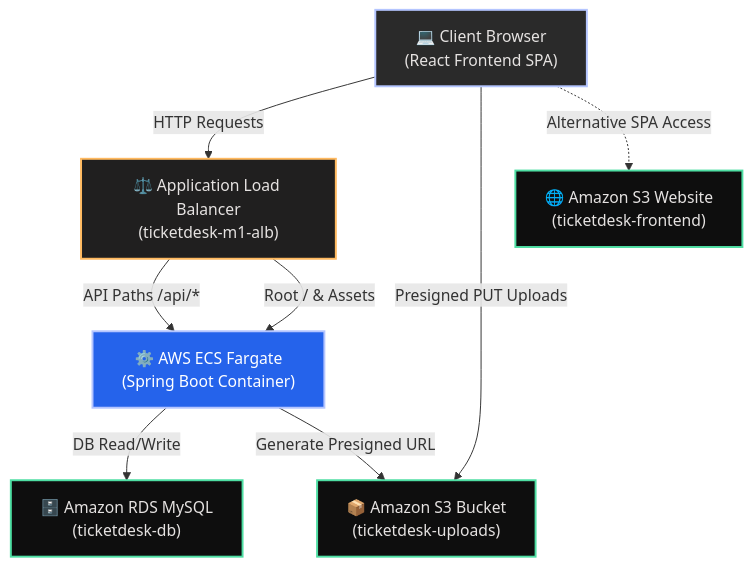
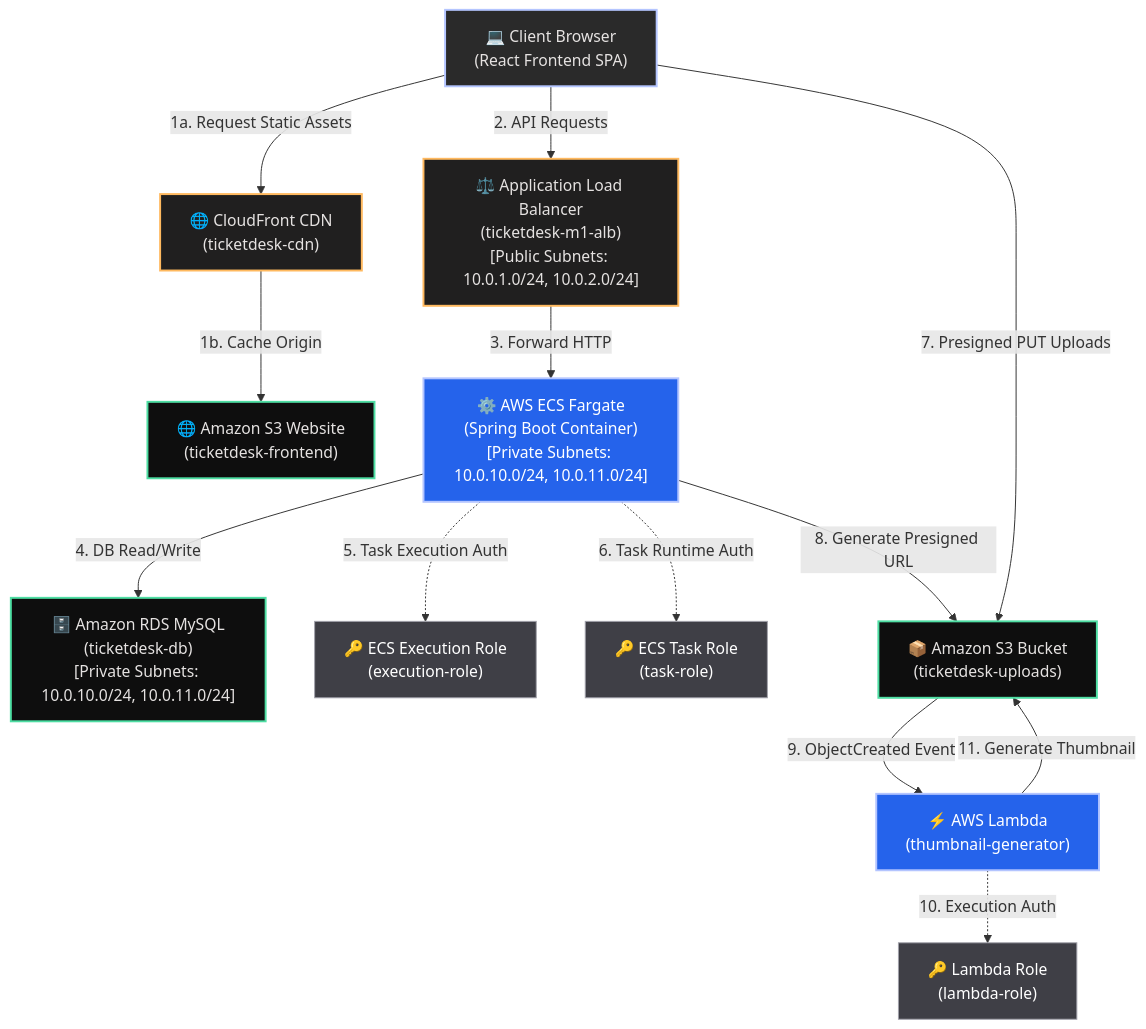
The diagram in README.md (Jallepalli-Sai-Nikhil/ticketdesk), drawn with Mermaid before and after one commit. The commit also changed other lines of this file and 5 other files, not shown here.

````diff
--- a/README.md
+++ b/README.md
@@ -9,24 +9,35 @@
 ```mermaid
 graph TD
     classDef client fill:#2a2a2a,stroke:#b4c5ff,stroke-width:2px,color:#e5e2e1;
     classDef router fill:#201f1f,stroke:#ffb95f,stroke-width:2px,color:#e5e2e1;
     classDef compute fill:#2563eb,stroke:#b4c5ff,stroke-width:2px,color:#ffffff;
     classDef storage fill:#0e0e0e,stroke:#4edea3,stroke-width:2px,color:#e5e2e1;
+    classDef iam fill:#3f3f46,stroke:#a1a1aa,stroke-width:1px,color:#ffffff;
 
     User["💻 Client Browser<br>(React Frontend SPA)"]:::client
-    ALB["⚖️ Application Load Balancer<br>(ticketdesk-m1-alb)"]:::router
-    Fargate["⚙️ AWS ECS Fargate<br>(Spring Boot Container)"]:::compute
-    RDS["🗄️ Amazon RDS MySQL<br>(ticketdesk-db)"]:::storage
+    CF["🌐 CloudFront CDN<br>(ticketdesk-cdn)"]:::router
+    ALB["⚖️ Application Load Balancer<br>(ticketdesk-m1-alb)<br>[Public Subnets: 10.0.1.0/24, 10.0.2.0/24]"]:::router
+    Fargate["⚙️ AWS ECS Fargate<br>(Spring Boot Container)<br>[Private Subnets: 10.0.10.0/24, 10.0.11.0/24]"]:::compute
+    RDS["🗄️ Amazon RDS MySQL<br>(ticketdesk-db)<br>[Private Subnets: 10.0.10.0/24, 10.0.11.0/24]"]:::storage
     S3_Uploads["📦 Amazon S3 Bucket<br>(ticketdesk-uploads)"]:::storage
     S3_Frontend["🌐 Amazon S3 Website<br>(ticketdesk-frontend)"]:::storage
+    Lambda["⚡ AWS Lambda<br>(thumbnail-generator)"]:::compute
+    
+    %% IAM Roles
+    ExecRole["🔑 ECS Execution Role<br>(execution-role)"]:::iam
+    TaskRole["🔑 ECS Task Role<br>(task-role)"]:::iam
+    LambdaRole["🔑 Lambda Role<br>(lambda-role)"]:::iam
 
-    User -->|HTTP Requests| ALB
-    ALB -->|API Paths /api/*| Fargate
-    ALB -->|Root / & Assets| Fargate
-    Fargate -->|DB Read/Write| RDS
-    User -->|Presigned PUT Uploads| S3_Uploads
-    Fargate -->|Generate Presigned URL| S3_Uploads
-    User -.->|Alternative SPA Access| S3_Frontend
-    
-    class User,ALB,Fargate,RDS,S3_Uploads,S3_Frontend external;
+    User -->|1a. Request Static Assets| CF
+    CF -->|1b. Cache Origin| S3_Frontend
+    User -->|2. API Requests| ALB
+    ALB -->|3. Forward HTTP| Fargate
+    Fargate -->|4. DB Read/Write| RDS
+    Fargate -.->|5. Task Execution Auth| ExecRole
+    Fargate -.->|6. Task Runtime Auth| TaskRole
+    User -->|7. Presigned PUT Uploads| S3_Uploads
+    Fargate -->|8. Generate Presigned URL| S3_Uploads
+    S3_Uploads -->|9. ObjectCreated Event| Lambda
+    Lambda -.->|10. Execution Auth| LambdaRole
+    Lambda -->|11. Generate Thumbnail| S3_Uploads
 ```
````
